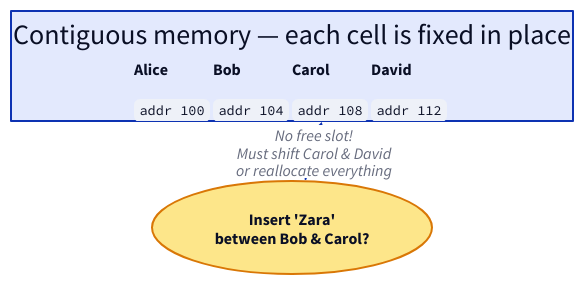
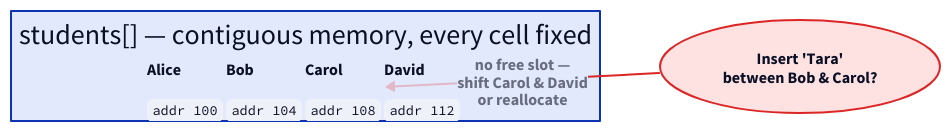
Before and after one commit to ani2fun/codefolio: the first of 6 diagrams in content/cortex/data-structures-and-algorithms/02-linear-structures/03-singly-linked-list/01-introduction-to-singly-linked-lists.md, drawn with D2. The commit also changed other lines of this file and 265 other files, not shown here.

````diff
--- a/content/cortex/data-structures-and-algorithms/02-linear-structures/03-singly-linked-list/01-introduction-to-singly-linked-lists.md
+++ b/content/cortex/data-structures-and-algorithms/02-linear-structures/03-singly-linked-list/01-introduction-to-singly-linked-lists.md
@@ -164,35 +148,42 @@
 ```d2
-direction: right
+direction: down
 
-mem: "Contiguous memory — each cell is fixed in place" {
+mem: "students[]  —  contiguous memory, every cell fixed" {
   grid-columns: 4
   grid-gap: 0
   c0: |md
     **Alice**
 
     `addr 100`
   |
   c1: |md
     **Bob**
 
     `addr 104`
   |
   c2: |md
     **Carol**
 
     `addr 108`
   |
   c3: |md
     **David**
 
     `addr 112`
   |
 }
 
-ins: "Insert 'Zara'\nbetween Bob & Carol?" {
+ins: "Insert 'Tara'\nbetween Bob & Carol?" {
   shape: oval
-  style.fill: "#fde68a"
-  style.stroke: "#d97706"
+  style.fill: "#fee2e2"
+  style.stroke: "#dc2626"
+  style.stroke-width: 2
+  style.bold: true
 }
-ins -> mem.c2: "No free slot!\nMust shift Carol & David\nor reallocate everything"
+
+ins -> mem.c2: "no free slot —\nshift Carol & David\nor reallocate" {
+  style.stroke: "#dc2626"
+  style.stroke-width: 2
+  style.bold: true
+}
 ```
````
